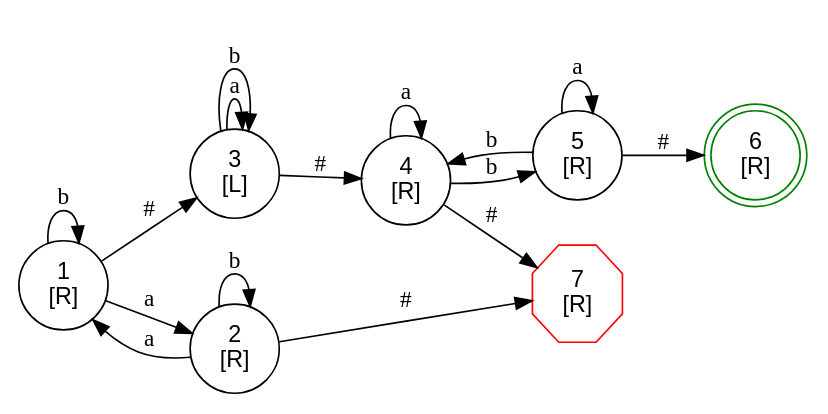
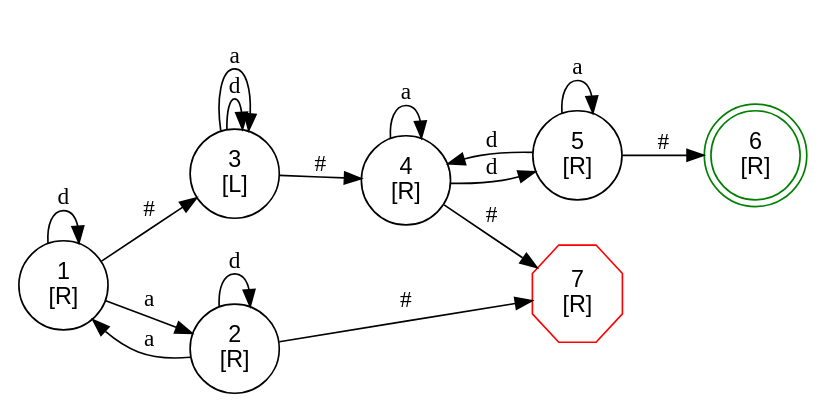
Before and after one commit to kokobabe99/turing_point: the diagram in fsm.dot, drawn with Graphviz. The commit also changed 2 other files, not shown here.

```diff
--- a/fsm.dot
+++ b/fsm.dot
@@ -1,25 +1,25 @@
 digraph FSM {
   rankdir=LR; node [shape=circle, fontname="Arial"];
   1 [label="1\n[R]", shape=circle];
-  1 -> 1 [label="b"];
+  1 -> 1 [label="d"];
   1 -> 3 [label="#"];
   1 -> 2 [label="a"];
   2 [label="2\n[R]", shape=circle];
   2 -> 1 [label="a"];
-  2 -> 2 [label="b"];
+  2 -> 2 [label="d"];
   2 -> 7 [label="#"];
   3 [label="3\n[L]", shape=circle];
+  3 -> 3 [label="d"];
+  3 -> 4 [label="#"];
   3 -> 3 [label="a"];
-  3 -> 3 [label="b"];
-  3 -> 4 [label="#"];
   4 [label="4\n[R]", shape=circle];
   4 -> 4 [label="a"];
-  4 -> 5 [label="b"];
+  4 -> 5 [label="d"];
   4 -> 7 [label="#"];
   5 [label="5\n[R]", shape=circle];
-  5 -> 4 [label="b"];
+  5 -> 4 [label="d"];
   5 -> 5 [label="a"];
   5 -> 6 [label="#"];
   6 [label="6\n[R]", shape=doublecircle, color="green"];
   7 [label="7\n[R]", shape=octagon, color="red"];
 }
```
